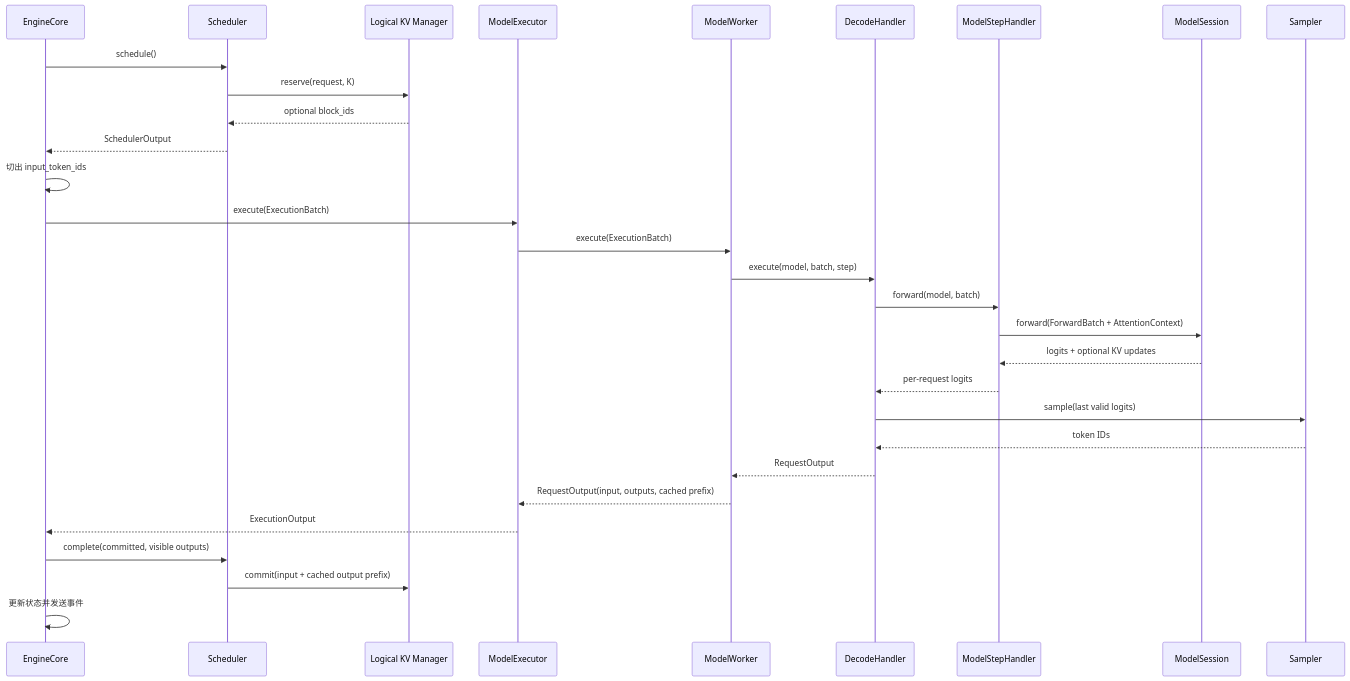
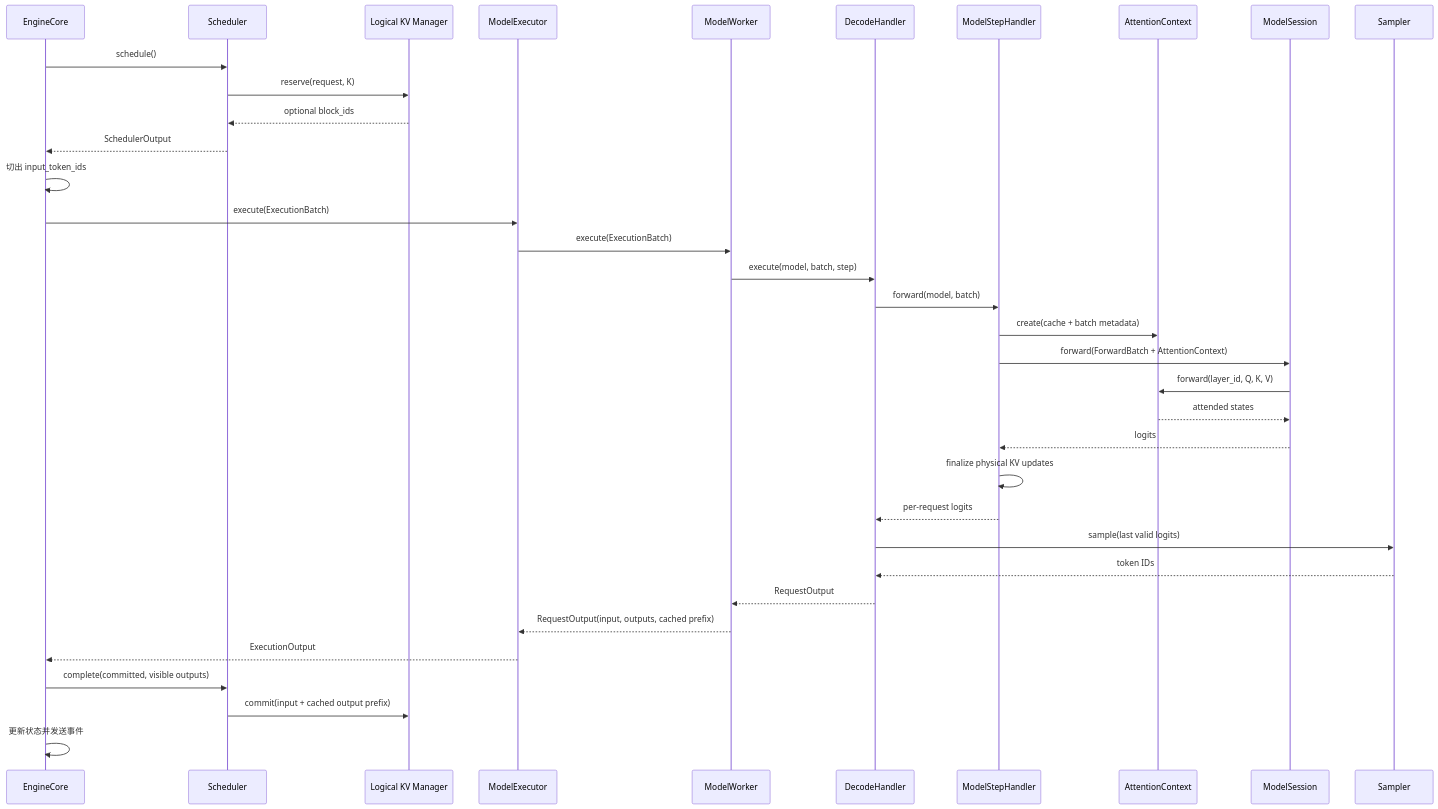
One commit to poorpaper/light-vllm changed the second of 3 diagrams in docs/design.md. Above: the diagram before and after it, drawn with Mermaid. The commit also changed other lines of this file and 3 other files, not shown here.

````diff
--- a/docs/design.md
+++ b/docs/design.md
@@ -127,33 +130,38 @@
 ```mermaid
 sequenceDiagram
     participant E as EngineCore
     participant S as Scheduler
     participant K as Logical KV Manager
     participant X as ModelExecutor
     participant W as ModelWorker
     participant D as DecodeHandler
     participant H as ModelStepHandler
+    participant A as AttentionContext
     participant M as ModelSession
     participant P as Sampler
 
     E->>S: schedule()
     S->>K: reserve(request, K)
     K-->>S: optional block_ids
     S-->>E: SchedulerOutput
     E->>E: 切出 input_token_ids
     E->>X: execute(ExecutionBatch)
     X->>W: execute(ExecutionBatch)
     W->>D: execute(model, batch, step)
     D->>H: forward(model, batch)
+    H->>A: create(cache + batch metadata)
     H->>M: forward(ForwardBatch + AttentionContext)
-    M-->>H: logits + optional KV updates
+    M->>A: forward(layer_id, Q, K, V)
+    A-->>M: attended states
+    M-->>H: logits
+    H->>H: finalize physical KV updates
     H-->>D: per-request logits
     D->>P: sample(last valid logits)
     P-->>D: token IDs
     D-->>W: RequestOutput
     W-->>X: RequestOutput(input, outputs, cached prefix)
     X-->>E: ExecutionOutput
     E->>S: complete(committed, visible outputs)
     S->>K: commit(input + cached output prefix)
     E->>E: 更新状态并发送事件
 ```
````
